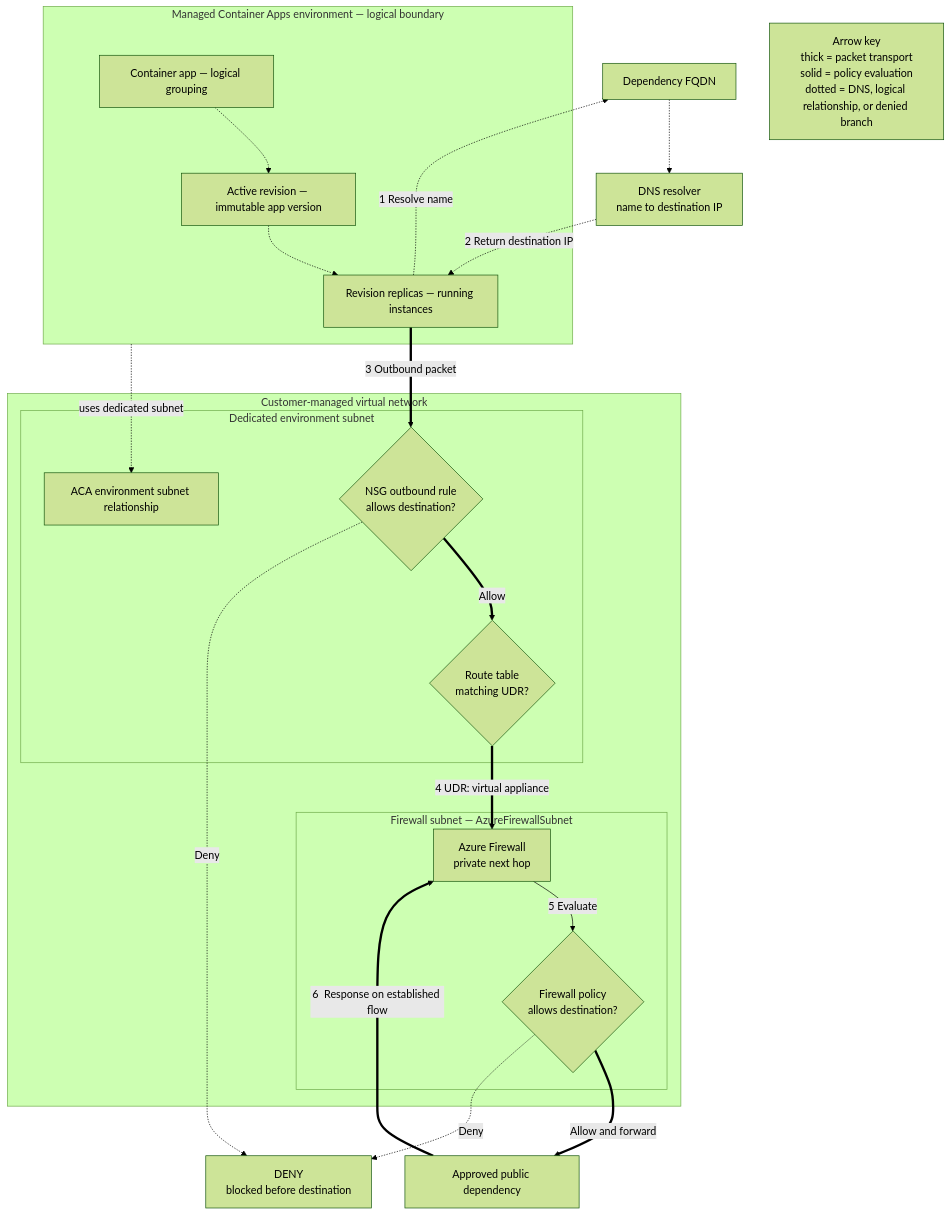
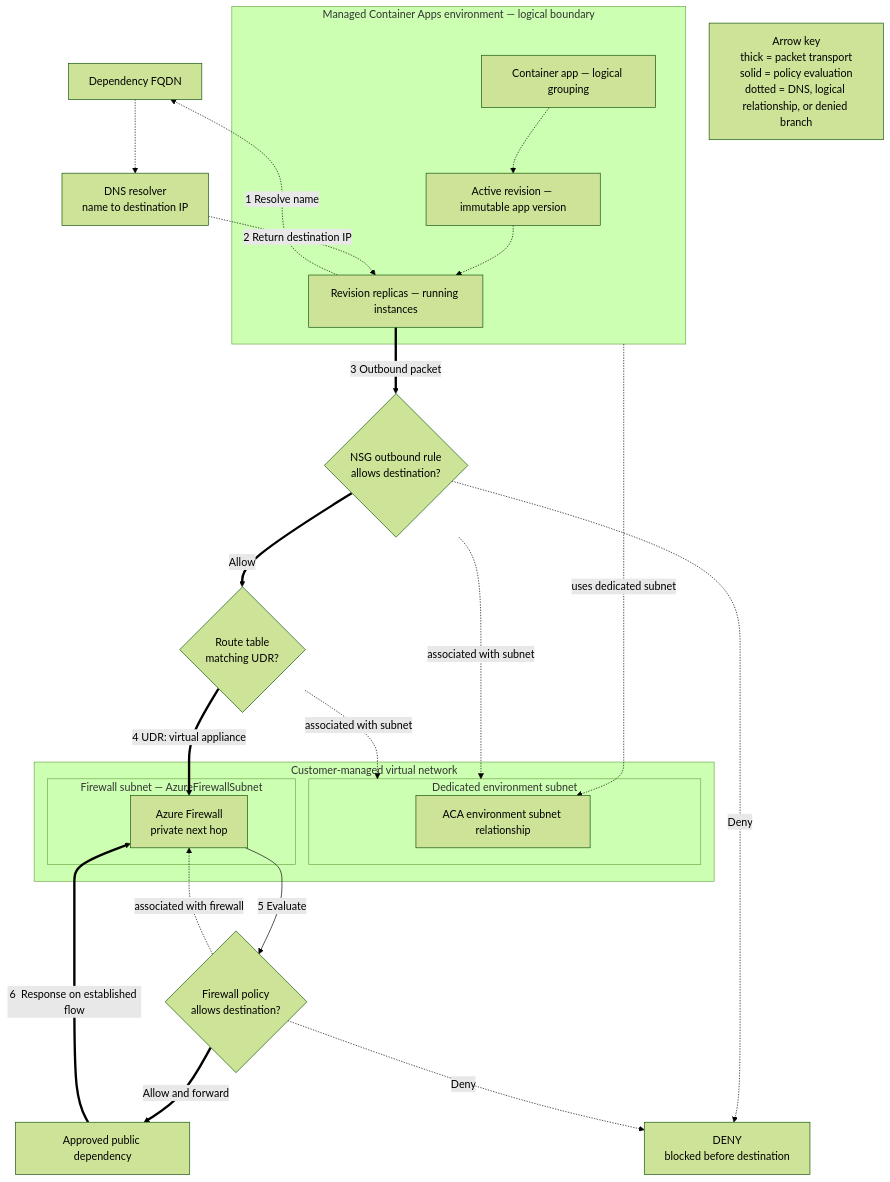
Before and after one commit to yeongseon/azure-container-apps-practical-guide: the first of 3 diagrams in docs/platform/networking/egress-control.md, drawn with Mermaid (forest theme). The commit also changed other lines of this file and 1 other file, not shown here.

Commit message:
fix(diagrams): correct Container Apps egress topology

````diff
--- a/docs/platform/networking/egress-control.md
+++ b/docs/platform/networking/egress-control.md
@@ -94,47 +97,50 @@
 ```mermaid
 flowchart TD
     accTitle: Container Apps outbound traffic through Azure Firewall
     accDescr: A logical Container Apps revision and replica use a dedicated environment subnet relationship. DNS resolution is separate from the packet path. The subnet NSG and route table evaluate outbound traffic before a default user-defined route selects Azure Firewall, whose policy allows or denies transport to a public dependency.
 
     DNS_NAME["Dependency FQDN"]
     DNS["DNS resolver<br/>name to destination IP"]
 
     subgraph ENV["Managed Container Apps environment — logical boundary"]
         APP["Container app — logical grouping"]
         REV_ACTIVE["Active revision — immutable app version"]
         REPLICAS["Revision replicas — running instances"]
         APP -.-> REV_ACTIVE
         REV_ACTIVE -.-> REPLICAS
     end
 
     subgraph VNET["Customer-managed virtual network"]
         subgraph ENV_SUBNET["Dedicated environment subnet"]
             SUBNET_LINK["ACA environment subnet relationship"]
-            NSG{"NSG outbound rule<br/>allows destination?"}
-            ROUTE{"Route table<br/>matching UDR?"}
         end
 
         subgraph FW_SUBNET["Firewall subnet — AzureFirewallSubnet"]
             FW["Azure Firewall<br/>private next hop"]
-            POLICY{"Firewall policy<br/>allows destination?"}
         end
     end
 
+    NSG{"NSG outbound rule<br/>allows destination?"}
+    ROUTE{"Route table<br/>matching UDR?"}
+    POLICY{"Firewall policy<br/>allows destination?"}
     DEST["Approved public dependency"]
     DENY["DENY<br/>blocked before destination"]
 
     ENV -.->|"uses dedicated subnet"| SUBNET_LINK
+    NSG -.->|"associated with subnet"| ENV_SUBNET
+    ROUTE -.->|"associated with subnet"| ENV_SUBNET
+    POLICY -.->|"associated with firewall"| FW
     REPLICAS -.->|"1  Resolve name"| DNS_NAME
     DNS_NAME -.-> DNS
     DNS -.->|"2  Return destination IP"| REPLICAS
     REPLICAS ==>|"3  Outbound packet"| NSG
     NSG ==>|"Allow"| ROUTE
     NSG -.->|"Deny"| DENY
     ROUTE ==>|"4  UDR: virtual appliance"| FW
     FW -->|"5  Evaluate"| POLICY
     POLICY ==>|"Allow and forward"| DEST
     POLICY -.->|"Deny"| DENY
     DEST ==>|"6  Response on established flow"| FW
 
     LEGEND["Arrow key<br/>thick = packet transport<br/>solid = policy evaluation<br/>dotted = DNS, logical relationship, or denied branch"]
 ```
````
